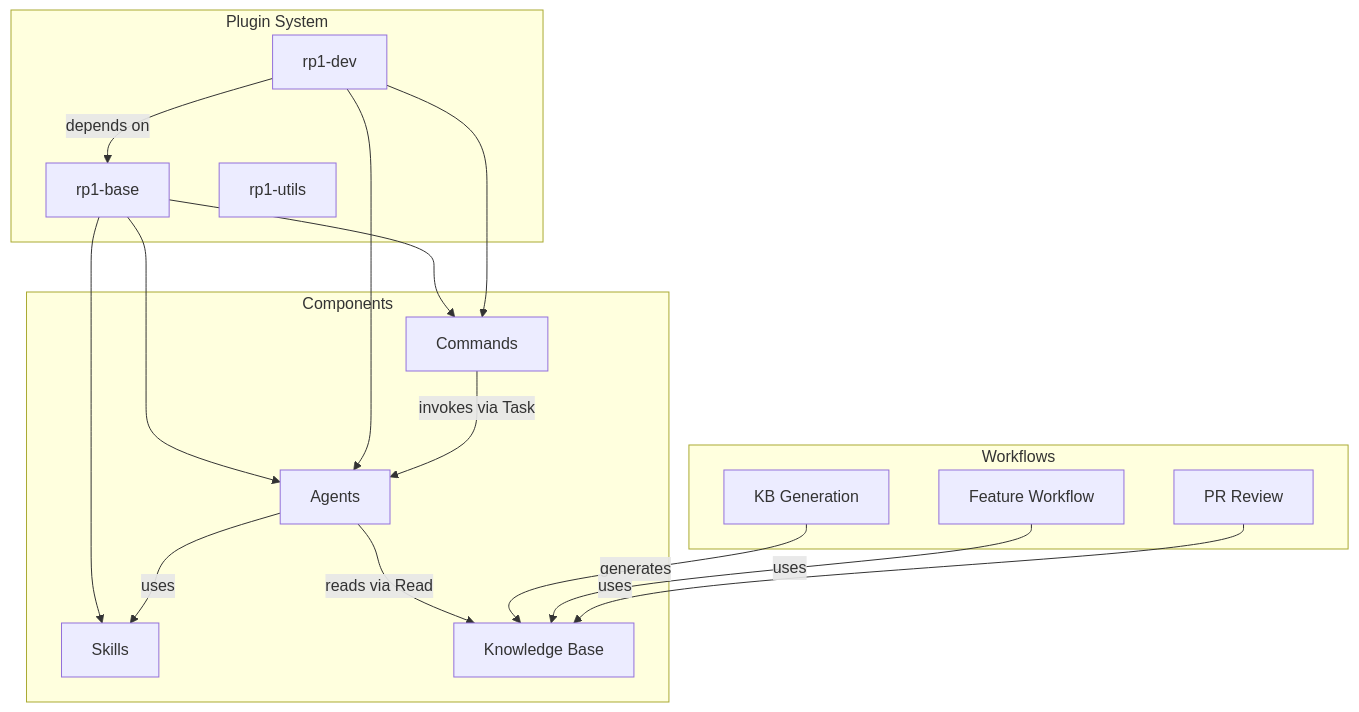
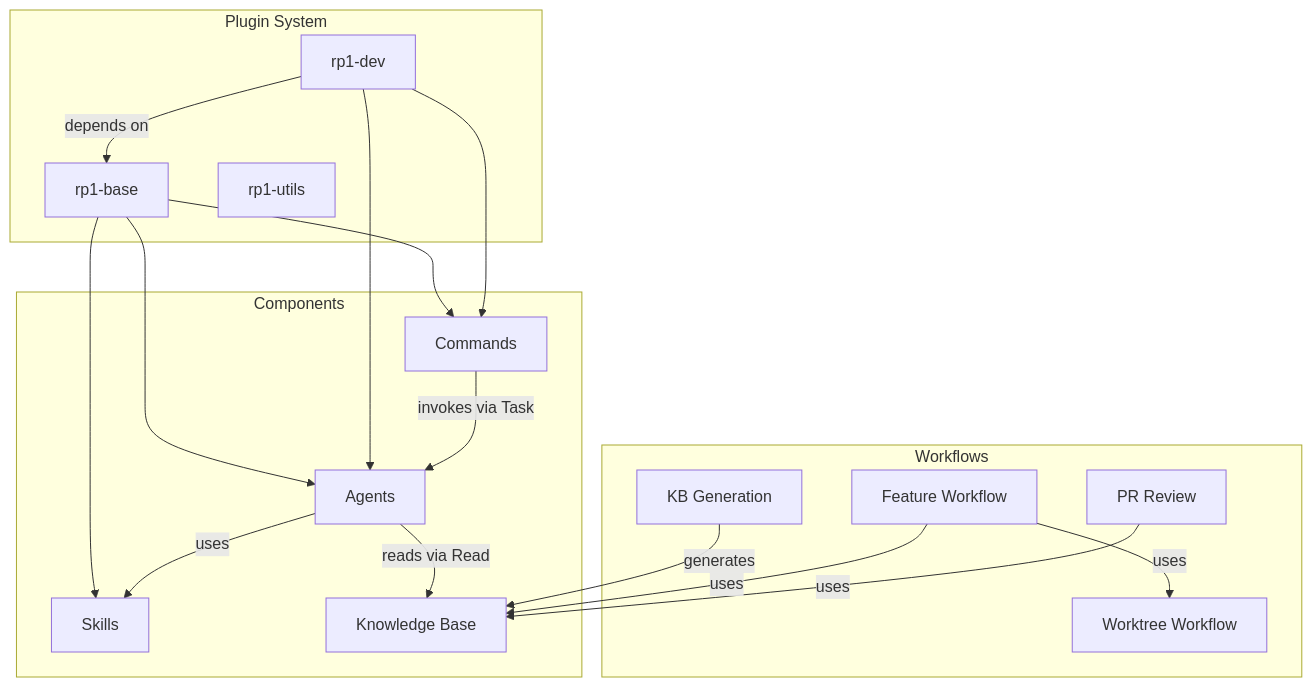
The diagram in .rp1/context/concept_map.md (rp1-run/rp1), drawn with Mermaid before and after one commit. The commit also changed other lines of this file and 5 other files, not shown here.

````diff
--- a/.rp1/context/concept_map.md
+++ b/.rp1/context/concept_map.md
@@ -141,36 +163,38 @@
 ```mermaid
 graph TB
     subgraph "Plugin System"
         Base[rp1-base]
         Dev[rp1-dev]
         Utils[rp1-utils]
         Dev -->|depends on| Base
     end
 
     subgraph "Components"
         Cmd[Commands]
         Agent[Agents]
         Skill[Skills]
         KB[Knowledge Base]
     end
 
     subgraph "Workflows"
         Feature[Feature Workflow]
         PR[PR Review]
         KBGen[KB Generation]
+        Worktree[Worktree Workflow]
     end
 
     Base --> Cmd
     Base --> Agent
     Base --> Skill
     Dev --> Cmd
     Dev --> Agent
 
     Cmd -->|invokes via Task| Agent
     Agent -->|uses| Skill
     Agent -->|reads via Read| KB
 
     KBGen -->|generates| KB
     Feature -->|uses| KB
+    Feature -->|uses| Worktree
     PR -->|uses| KB
 ```
````
